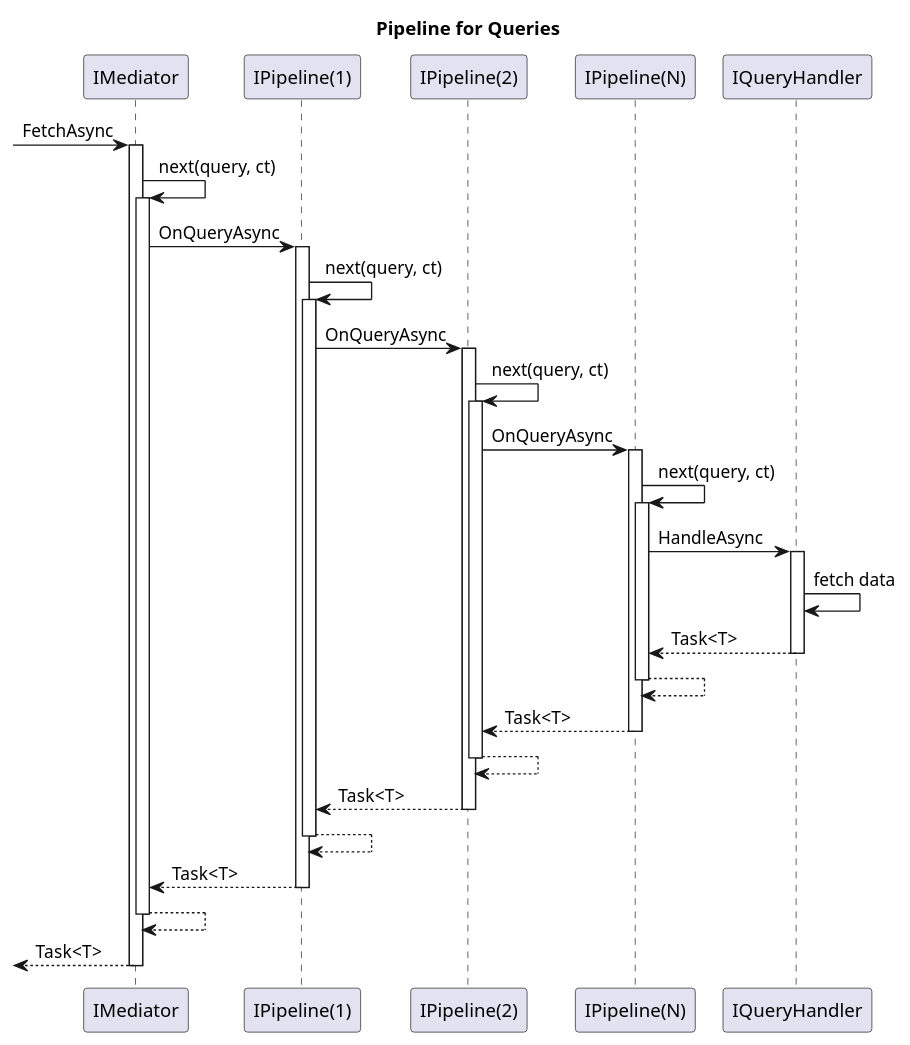
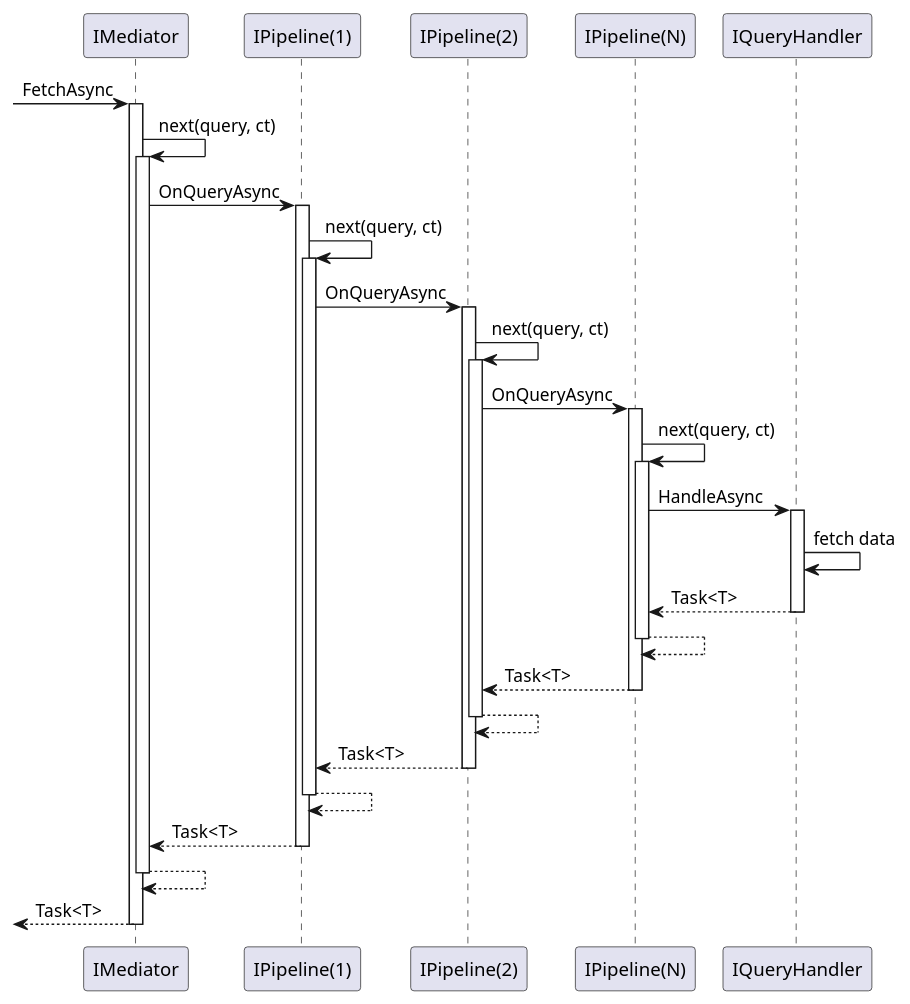
Before and after one commit to simplesoft-pt/Mediator: the diagram in resources/pipeline-queries.puml, drawn with PlantUML. The commit also changed 5 other files, not shown here.

Commit message:
removed title from diagrams

```diff
--- a/resources/pipeline-queries.puml
+++ b/resources/pipeline-queries.puml
@@ -1,24 +1,24 @@
 @startuml pipeline-queries
-title Pipeline for Queries 
+'title Pipeline for Queries 
 
 [-> IMediator ++: FetchAsync
 IMediator -> IMediator ++: next(query, ct)
 IMediator -> "IPipeline(1)" ++: OnQueryAsync
 "IPipeline(1)" -> "IPipeline(1)" ++: next(query, ct)
 "IPipeline(1)" -> "IPipeline(2)" ++: OnQueryAsync
 "IPipeline(2)" -> "IPipeline(2)" ++: next(query, ct)
 "IPipeline(2)" -> "IPipeline(N)" ++: OnQueryAsync
 "IPipeline(N)" -> "IPipeline(N)" ++: next(query, ct)
 "IPipeline(N)" -> IQueryHandler ++: HandleAsync
 IQueryHandler -> IQueryHandler : fetch data
 return Task<T>
 return
 return Task<T>
 return
 return Task<T>
 return
 return Task<T>
 return
 return Task<T>
 
 @enduml
```
